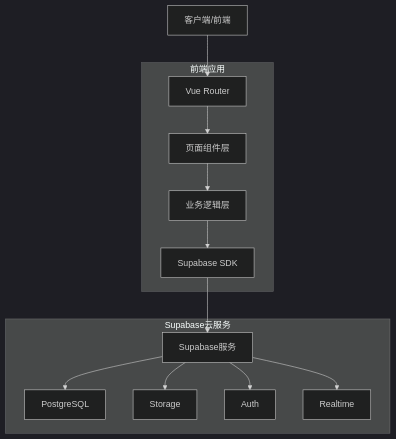
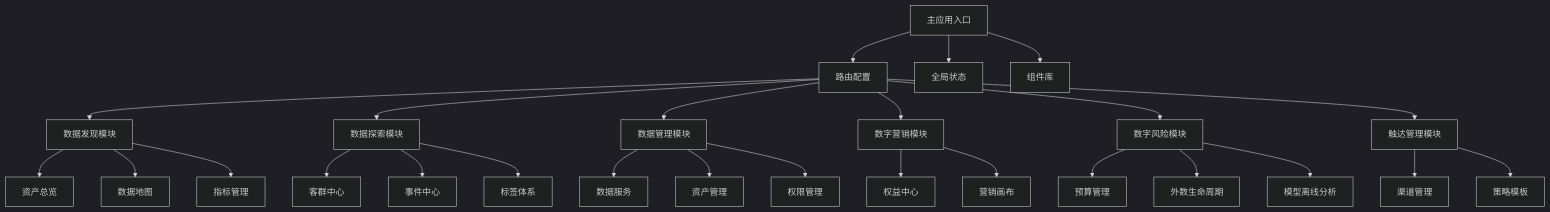
One commit to wenbo0527/data_community changed the second of 2 diagrams in .trae/documents/技术架构设计文档.md. Above: the diagram before and after it, drawn with Mermaid (dark theme). The commit also changed other lines of this file and 40 other files, not shown here.

````diff
--- a/.trae/documents/技术架构设计文档.md
+++ b/.trae/documents/技术架构设计文档.md
@@ -109,28 +44,35 @@
 ```mermaid
 graph TD
-    A[客户端/前端] --> B[Vue Router]
-    B --> C[页面组件层]
-    C --> D[业务逻辑层]
-    D --> E[Supabase SDK]
-    E --> F[Supabase服务]
+    A[主应用入口] --> B[路由配置]
+    A --> C[全局状态]
+    A --> D[组件库]
     
-    subgraph "前端应用"
-        B
-        C
-        D
-        E
-    end
+    B --> E[数据发现模块]
+    B --> F[数据探索模块]
+    B --> G[数据管理模块]
+    B --> H[数字营销模块]
+    B --> I[数字风险模块]
+    B --> J[触达管理模块]
     
-    subgraph "Supabase云服务"
-        F
-        G[PostgreSQL]
-        H[Storage]
-        I[Auth]
-        J[Realtime]
-    end
+    E --> K[资产总览]
+    E --> L[数据地图]
+    E --> M[指标管理]
     
-    F --> G
-    F --> H
-    F --> I
-    F --> J
+    F --> N[客群中心]
+    F --> O[事件中心]
+    F --> P[标签体系]
+    
+    G --> Q[数据服务]
+    G --> R[资产管理]
+    G --> S[权限管理]
+    
+    H --> T[权益中心]
+    H --> U[营销画布]
+    
+    I --> V[预算管理]
+    I --> W[外数生命周期]
+    I --> X[模型离线分析]
+    
+    J --> Y[渠道管理]
+    J --> Z[策略模板]
 ```
````
